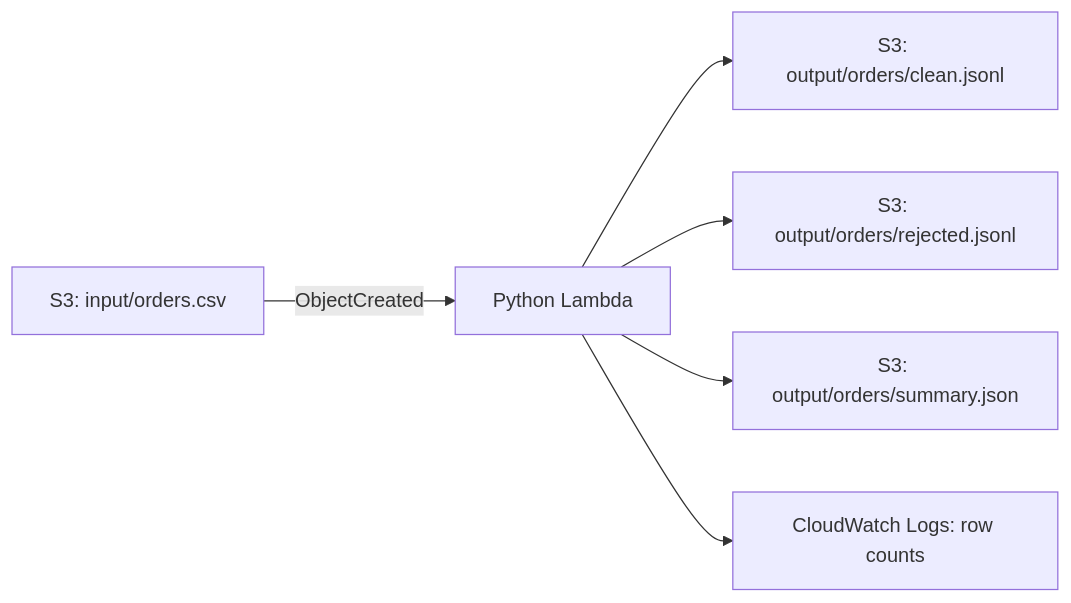
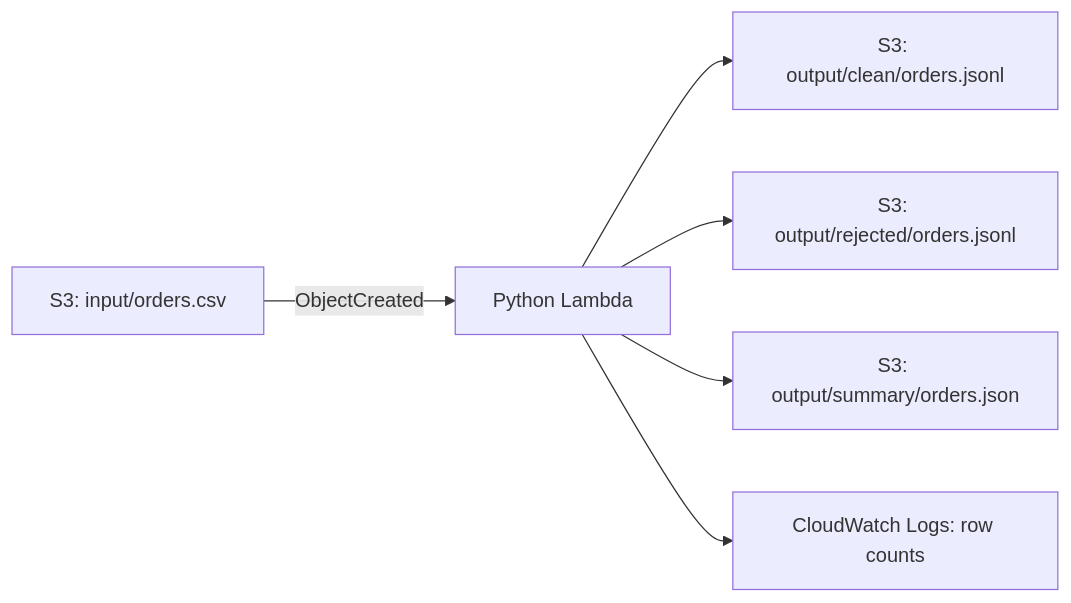
One commit to mkianfar/aws-s3-lambda-orders-etl changed the diagram in README.md. Above: the diagram before and after it, drawn with Mermaid. The commit also changed other lines of this file and 3 other files, not shown here.

````diff
--- a/README.md
+++ b/README.md
@@ -5,8 +5,8 @@
 ```mermaid
 flowchart LR
     A["S3: input/orders.csv"] -->|ObjectCreated| B["Python Lambda"]
-    B --> C["S3: output/orders/clean.jsonl"]
-    B --> D["S3: output/orders/rejected.jsonl"]
-    B --> E["S3: output/orders/summary.json"]
+    B --> C["S3: output/clean/orders.jsonl"]
+    B --> D["S3: output/rejected/orders.jsonl"]
+    B --> E["S3: output/summary/orders.json"]
     B --> F["CloudWatch Logs: row counts"]
 ```
````
